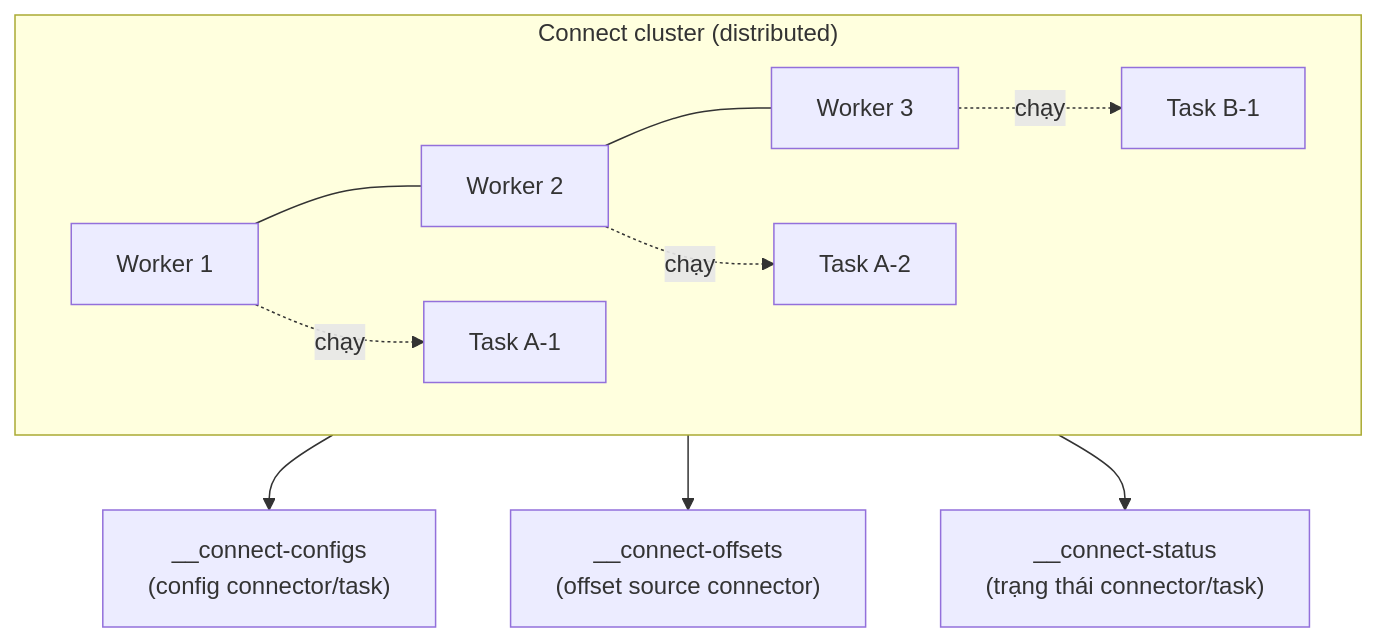
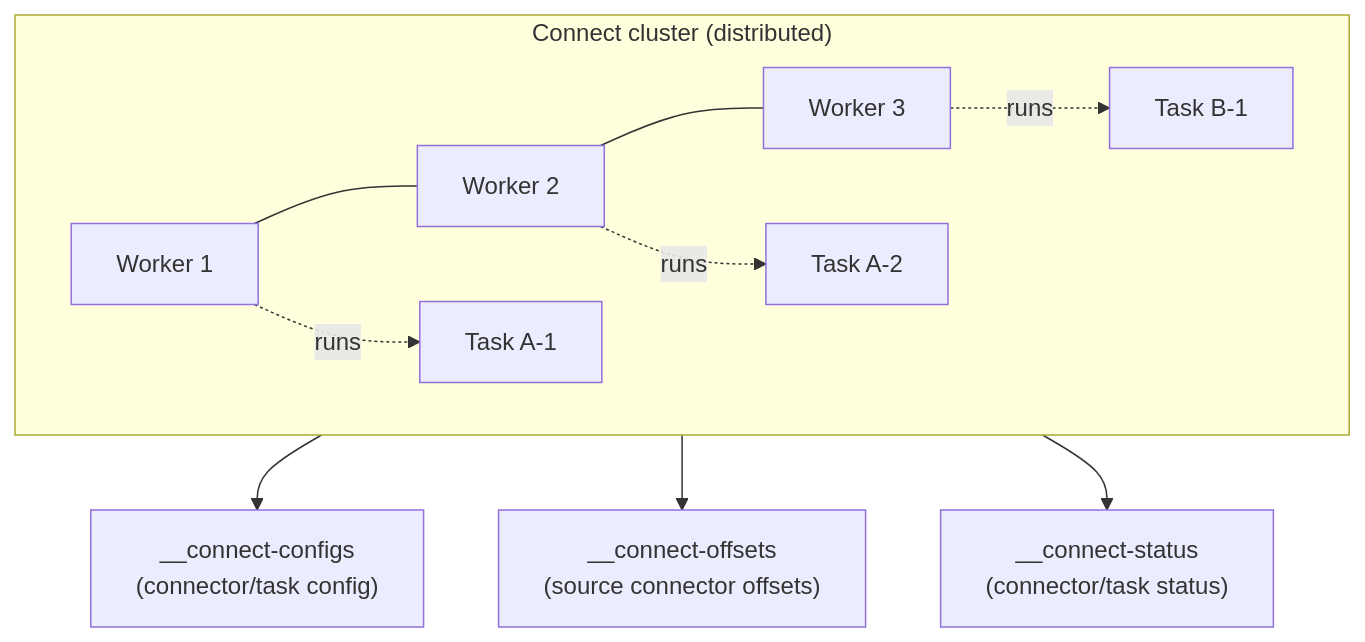
The first of 4 diagrams in i18n/en/docusaurus-plugin-content-docs/current/etl/kafka/skills/kafka-connect-cdc.md (vuhoang001/knowledge), drawn with Mermaid before and after one commit. The commit also changed other lines of this file and 21 other files, not shown here.

````diff
--- a/i18n/en/docusaurus-plugin-content-docs/current/etl/kafka/skills/kafka-connect-cdc.md
+++ b/i18n/en/docusaurus-plugin-content-docs/current/etl/kafka/skills/kafka-connect-cdc.md
@@ -24,12 +23,12 @@
 ```mermaid
 flowchart TB
   subgraph Cluster["Connect cluster (distributed)"]
     W1[Worker 1] --- W2[Worker 2] --- W3[Worker 3]
-    W1 -.chạy.-> T1[Task A-1]
-    W2 -.chạy.-> T2[Task A-2]
-    W3 -.chạy.-> T3[Task B-1]
+    W1 -.runs.-> T1[Task A-1]
+    W2 -.runs.-> T2[Task A-2]
+    W3 -.runs.-> T3[Task B-1]
   end
-  Cluster --> CT["__connect-configs<br/>(config connector/task)"]
-  Cluster --> OT["__connect-offsets<br/>(offset source connector)"]
-  Cluster --> ST["__connect-status<br/>(trạng thái connector/task)"]
+  Cluster --> CT["__connect-configs<br/>(connector/task config)"]
+  Cluster --> OT["__connect-offsets<br/>(source connector offsets)"]
+  Cluster --> ST["__connect-status<br/>(connector/task status)"]
 ```
````
